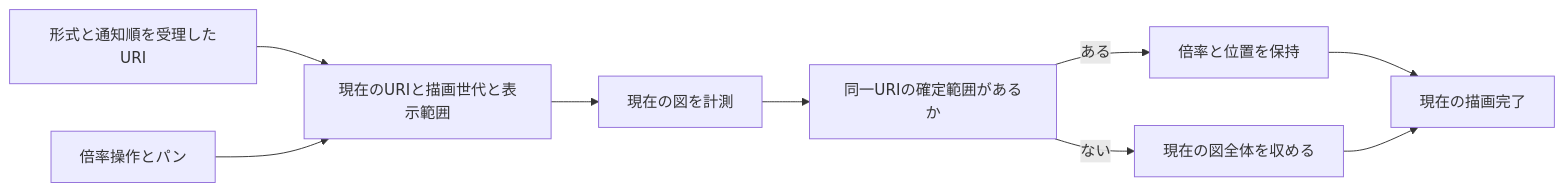
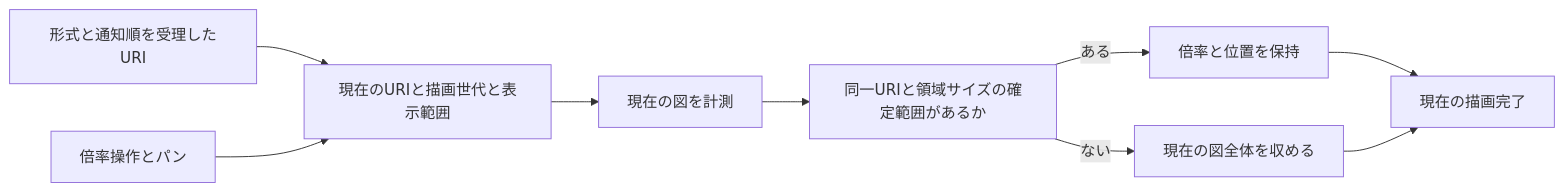
One commit to Glitch-Sound/glitchstate changed the diagram in openspec/changes/add-state-diagram-viewport-controls/design.md. Above: the diagram before and after it, drawn with Mermaid. The commit also changed other lines of this file and 17 other files, not shown here.

First line of the commit message:
feat: add diagram controls and viewport tests

````diff
--- a/openspec/changes/add-state-diagram-viewport-controls/design.md
+++ b/openspec/changes/add-state-diagram-viewport-controls/design.md
@@ -68,11 +68,11 @@
 ```mermaid
 flowchart LR
   Update["形式と通知順を受理したURI"] --> Store["現在のURIと描画世代と表示範囲"]
   Store --> Prepare["現在の図を計測"]
-  Prepare --> Decide["同一URIの確定範囲があるか"]
+  Prepare --> Decide["同一URIと領域サイズの確定範囲があるか"]
   Decide -->|"ある"| Restore["倍率と位置を保持"]
   Decide -->|"ない"| Fit["現在の図全体を収める"]
   Restore --> Ready["現在の描画完了"]
   Fit --> Ready
   Control["倍率操作とパン"] --> Store
 ```
````
